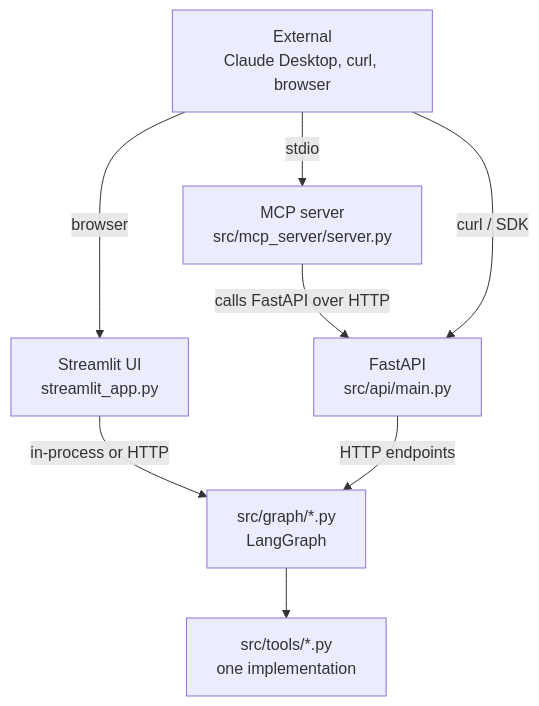
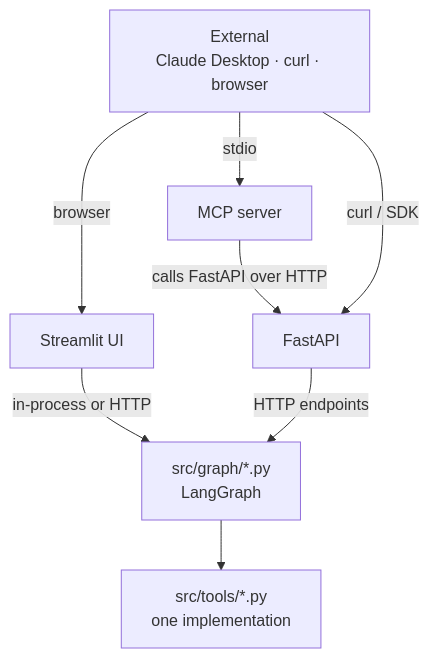
One commit to ahmedsaeed56/finsight-analytics changed the fifth of 6 diagrams in README.md. Above: the diagram before and after it, drawn with Mermaid. The commit also changed other lines of this file and 4 other files, not shown here.

Commit message:
Add data-science charts and rewrite README as story-driven walkthrough

````diff
--- a/README.md
+++ b/README.md
@@ -412,19 +399,17 @@
 ```mermaid
 flowchart TB
     TOOLS[src/tools/*.py<br/>one implementation]
     GRAPH[src/graph/*.py<br/>LangGraph]
-
-    SL[Streamlit UI<br/>streamlit_app.py]
-    API[FastAPI<br/>src/api/main.py]
-    MCP[MCP server<br/>src/mcp_server/server.py]
-
-    CLIENT[External<br/>Claude Desktop, curl, browser]
+    SL[Streamlit UI]
+    API[FastAPI]
+    MCP[MCP server]
+    CLIENT[External<br/>Claude Desktop · curl · browser]
 
     SL -->|in-process or HTTP| GRAPH
     API -->|HTTP endpoints| GRAPH
     GRAPH --> TOOLS
     MCP -->|calls FastAPI over HTTP| API
     CLIENT -->|stdio| MCP
     CLIENT -->|browser| SL
     CLIENT -->|curl / SDK| API
 ```
````
